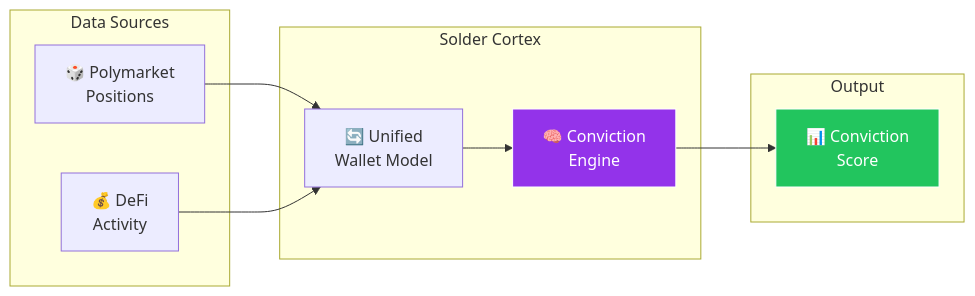
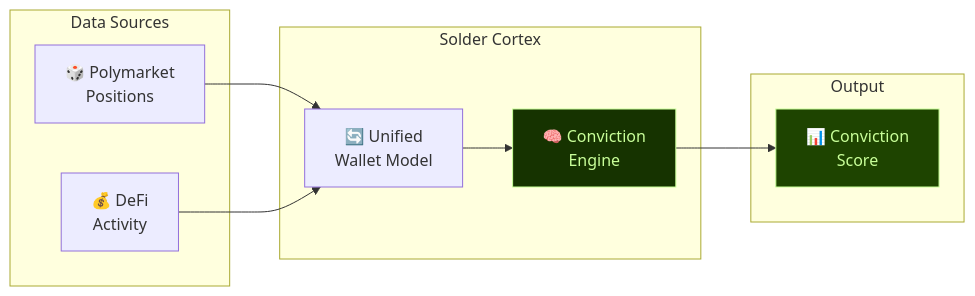
The second of 2 diagrams in docs/pitch/slides.md (metalmcclaw/solder-cortex), drawn with Mermaid before and after one commit. The commit also changed other lines of this file and 1 other file, not shown here.

````diff
--- a/docs/pitch/slides.md
+++ b/docs/pitch/slides.md
@@ -144,24 +157,24 @@
 ```mermaid {scale: 0.9}
 graph LR
     subgraph "Data Sources"
         A[🎲 Polymarket<br/>Positions]
         B[💰 DeFi<br/>Activity]
     end
     
     subgraph "Solder Cortex"
         C[🔄 Unified<br/>Wallet Model]
         D[🧠 Conviction<br/>Engine]
     end
     
     subgraph "Output"
         E[📊 Conviction<br/>Score]
     end
     
     A --> C
     B --> C
     C --> D
     D --> E
     
-    style D fill:#9333ea,stroke:#fff,color:#fff
-    style E fill:#22c55e,stroke:#fff,color:#fff
+    style D fill:#163300,stroke:#C9FF99,color:#C9FF99
+    style E fill:#1e4400,stroke:#C9FF99,color:#C9FF99
 ```
````
